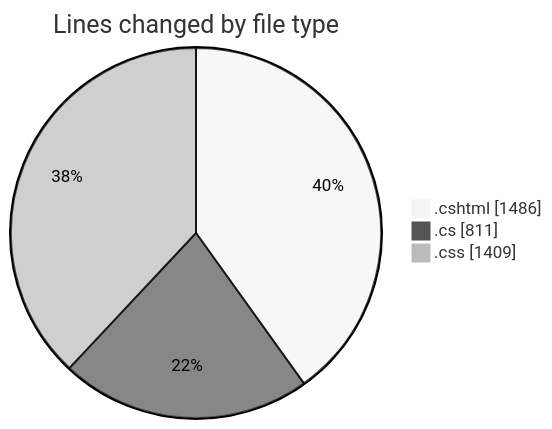
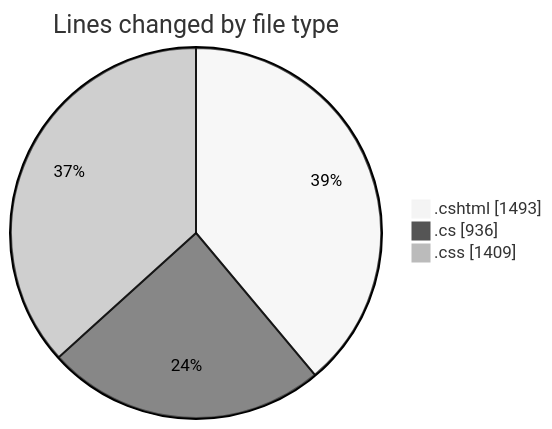
One commit to lephambinh05/code-tracking changed the first of 2 diagrams in 2025-07-18/nhahang/README.md. Above: the diagram before and after it, drawn with Mermaid (neutral theme). The commit also changed other lines of this file and 1 other file, not shown here.

````diff
--- a/2025-07-18/nhahang/README.md
+++ b/2025-07-18/nhahang/README.md
@@ -45,7 +45,7 @@
 ```mermaid
 pie showData
 title Lines changed by file type
-".cshtml" : 1486
-".cs" : 811
+".cshtml" : 1493
+".cs" : 936
 ".css" : 1409
 ```
````
